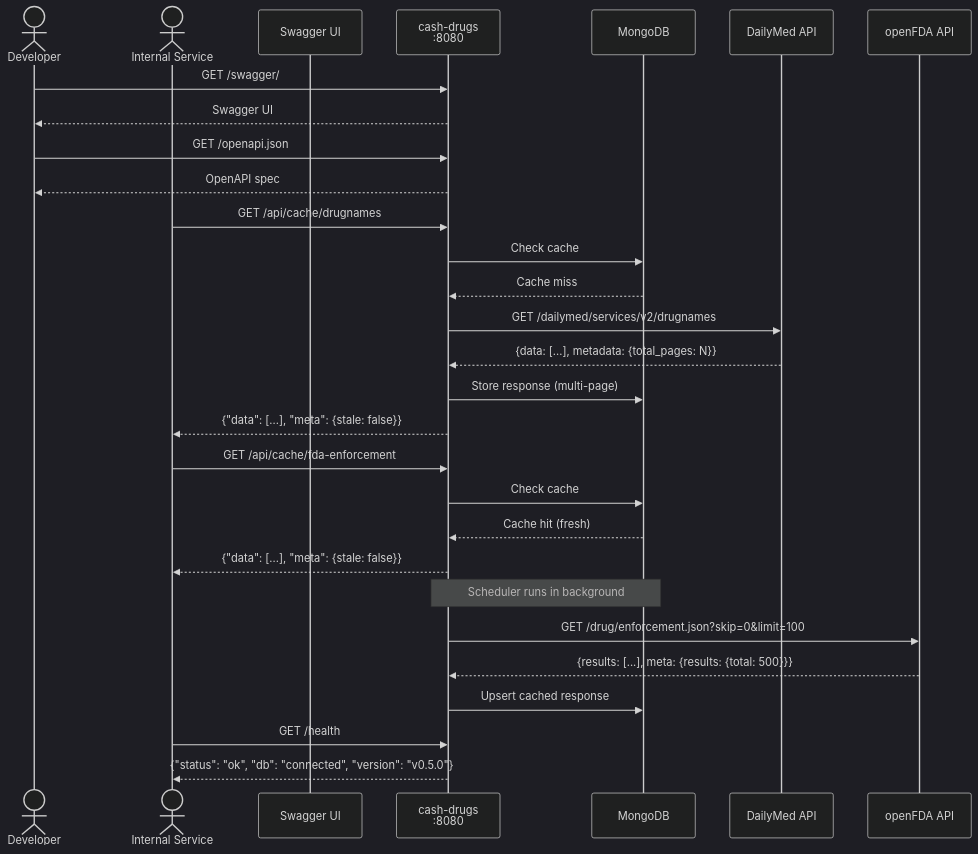
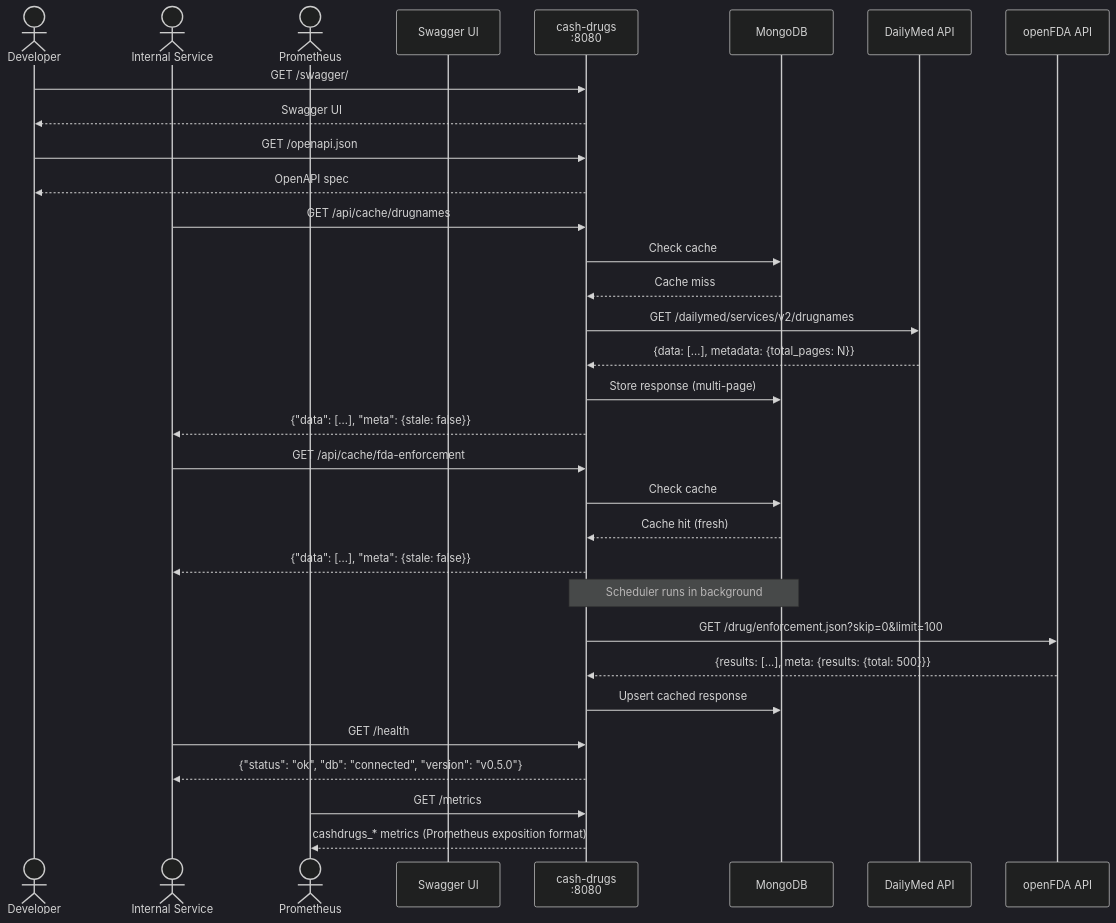
The ninth of 9 diagrams in docs/sequence-diagram.md (finish06/cash-drugs), drawn with Mermaid (dark theme) before and after one commit. The commit also changed other lines of this file, not shown here.

First line of the commit message:
docs: add Prometheus metrics flow to sequence diagrams

````diff
--- a/docs/sequence-diagram.md
+++ b/docs/sequence-diagram.md
@@ -205,36 +232,40 @@
 ```mermaid
 sequenceDiagram
     actor Dev as Developer
     actor Svc as Internal Service
+    actor Prom as Prometheus
     participant SW as Swagger UI
     participant CD as cash-drugs<br/>:8080
     participant DB as MongoDB
     participant API1 as DailyMed API
     participant API2 as openFDA API
 
     Dev->>CD: GET /swagger/
     CD-->>Dev: Swagger UI
     Dev->>CD: GET /openapi.json
     CD-->>Dev: OpenAPI spec
 
     Svc->>CD: GET /api/cache/drugnames
     CD->>DB: Check cache
     DB-->>CD: Cache miss
     CD->>API1: GET /dailymed/services/v2/drugnames
     API1-->>CD: {data: [...], metadata: {total_pages: N}}
     CD->>DB: Store response (multi-page)
     CD-->>Svc: {"data": [...], "meta": {stale: false}}
 
     Svc->>CD: GET /api/cache/fda-enforcement
     CD->>DB: Check cache
     DB-->>CD: Cache hit (fresh)
     CD-->>Svc: {"data": [...], "meta": {stale: false}}
 
     Note over CD,DB: Scheduler runs in background
     CD->>API2: GET /drug/enforcement.json?skip=0&limit=100
     API2-->>CD: {results: [...], meta: {results: {total: 500}}}
     CD->>DB: Upsert cached response
 
     Svc->>CD: GET /health
     CD-->>Svc: {"status": "ok", "db": "connected", "version": "v0.5.0"}
+
+    Prom->>CD: GET /metrics
+    CD-->>Prom: cashdrugs_* metrics (Prometheus exposition format)
 ```
````
